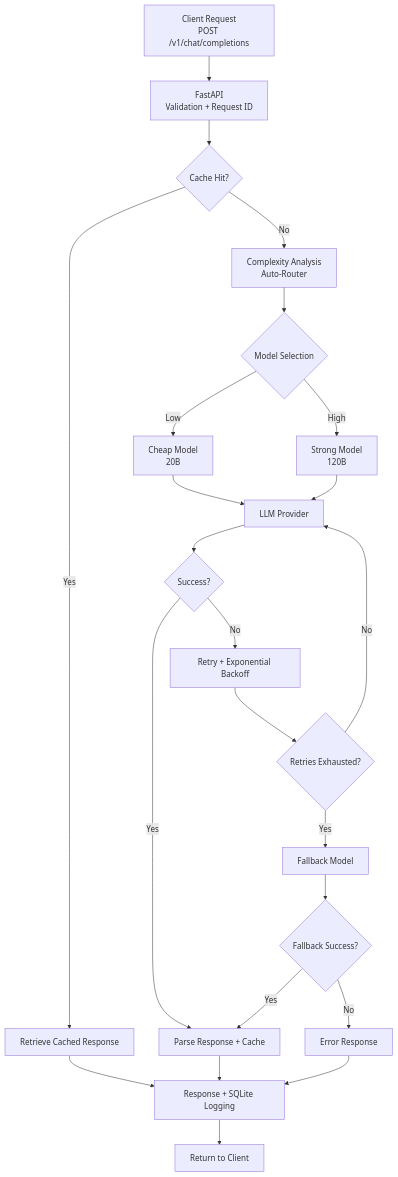
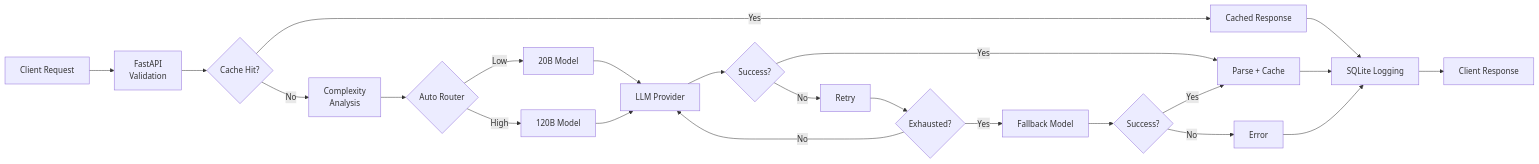
One commit to utkrashtsrepo/Smart-AI-Gateway changed the diagram in README.md. Above: the diagram before and after it, drawn with Mermaid. The commit also changed other lines of this file, not shown here.

Commit message:
Revise Request Lifecycle diagram in README
Updated the Request Lifecycle diagram to improve clarity and consistency in terminology.

````diff
--- a/README.md
+++ b/README.md
@@ -35,33 +38,33 @@
 ```mermaid
-flowchart TD
-    A["Client Request<br/>POST /v1/chat/completions"] --> B["FastAPI<br/>Validation + Request ID"]
+flowchart LR
+    A["Client Request"] --> B["FastAPI<br/>Validation"]
     B --> C{"Cache Hit?"}
 
-    C -->|Yes| H["Retrieve Cached Response"]
-    C -->|No| D["Complexity Analysis<br/>Auto-Router"]
+    C -->|Yes| H["Cached Response"]
+    C -->|No| D["Complexity<br/>Analysis"]
 
-    D --> E{"Model Selection"}
-    E -->|Low| F["Cheap Model<br/>20B"]
-    E -->|High| G["Strong Model<br/>120B"]
+    D --> E{"Auto Router"}
+    E -->|Low| F["20B Model"]
+    E -->|High| G["120B Model"]
 
     F --> I["LLM Provider"]
     G --> I
 
     I --> J{"Success?"}
-    J -->|Yes| K["Parse Response + Cache"]
-    J -->|No| L["Retry + Exponential Backoff"]
+    J -->|Yes| K["Parse + Cache"]
+    J -->|No| L["Retry"]
 
-    L --> M{"Retries Exhausted?"}
+    L --> M{"Exhausted?"}
     M -->|No| I
     M -->|Yes| N["Fallback Model"]
 
-    N --> O{"Fallback Success?"}
+    N --> O{"Success?"}
     O -->|Yes| K
-    O -->|No| P["Error Response"]
+    O -->|No| P["Error"]
 
-    H --> Q["Response + SQLite Logging"]
+    H --> Q["SQLite Logging"]
     K --> Q
     P --> Q
 
-    Q --> R["Return to Client"]
+    Q --> R["Client Response"]
 ```
````
